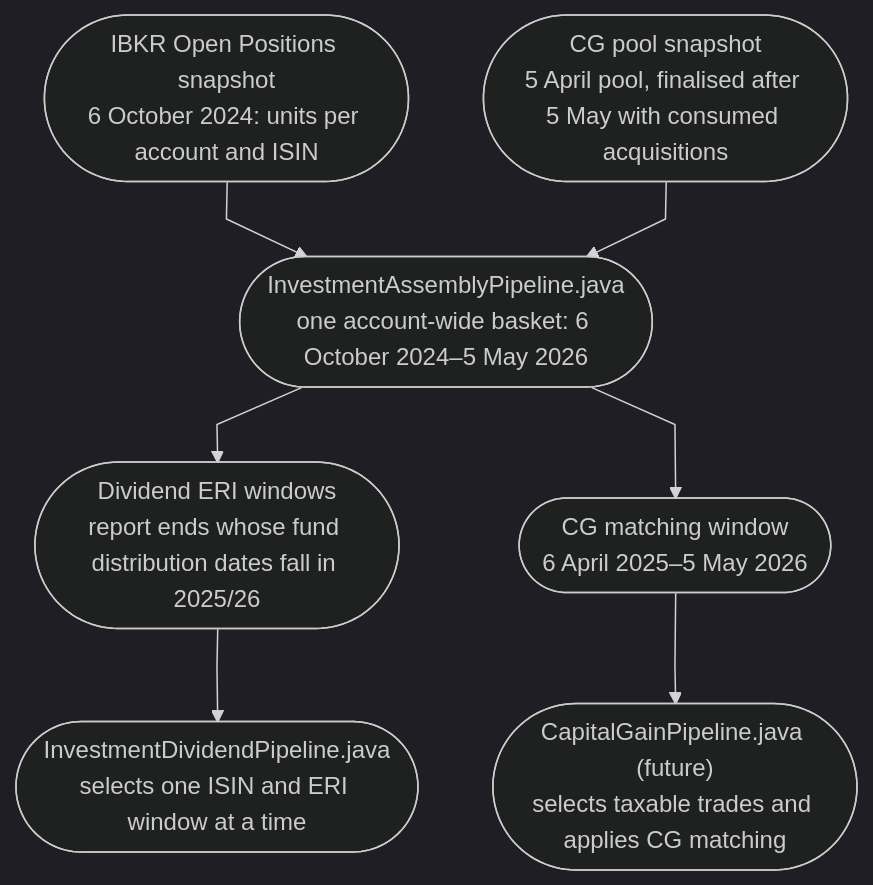
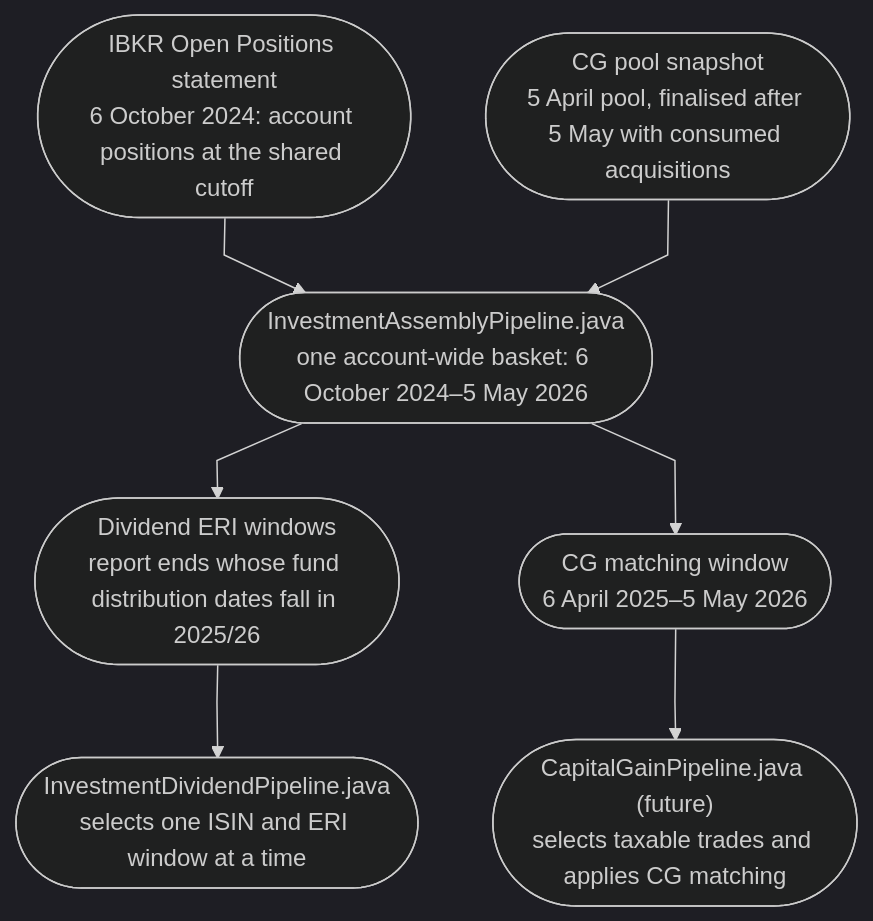
The second of 2 diagrams in openspec/changes/acwi-dividend-run/design.md (ChloeYiu/Self-Assessment-Helper), drawn with Mermaid (dark theme) before and after one commit. The commit also changed other lines of this file and 18 other files, not shown here.

````diff
--- a/openspec/changes/acwi-dividend-run/design.md
+++ b/openspec/changes/acwi-dividend-run/design.md
@@ -135,16 +148,16 @@
 ```mermaid
 %%{init: {"flowchart": {"curve": "linear"}} }%%
 flowchart TD
-    DividendSnapshot(["IBKR Open Positions snapshot<br/>6 October 2024: units per account and ISIN"])
+    DividendSnapshot(["IBKR Open Positions statement<br/>6 October 2024: account positions at the shared cutoff"])
     DividendWindow(["Dividend ERI windows<br/>report ends whose fund distribution dates fall in 2025/26"])
     CgSnapshot(["CG pool snapshot<br/>5 April pool, finalised after 5 May with consumed acquisitions"])
     CgWindow(["CG matching window<br/>6 April 2025–5 May 2026"])
     Basket(["InvestmentAssemblyPipeline.java<br/>one account-wide basket: 6 October 2024–5 May 2026"])
     Dividend(["InvestmentDividendPipeline.java<br/>selects one ISIN and ERI window at a time"])
     CapitalGain(["CapitalGainPipeline.java (future)<br/>selects taxable trades and applies CG matching"])
 
     DividendSnapshot --> Basket
     CgSnapshot --> Basket
     Basket --> DividendWindow --> Dividend
     Basket --> CgWindow --> CapitalGain
 ```
````
